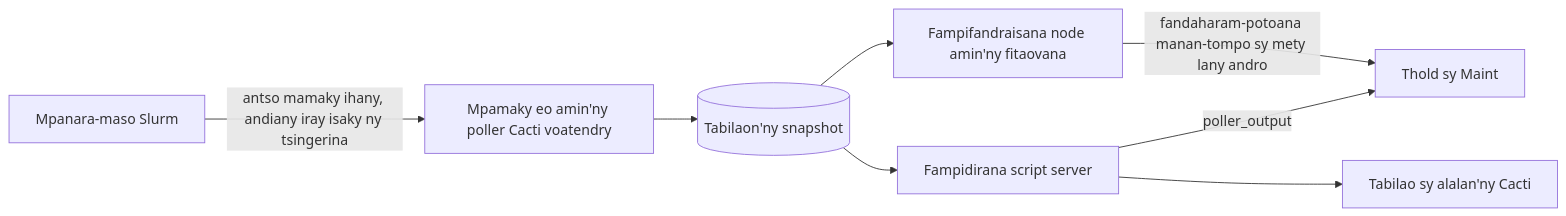
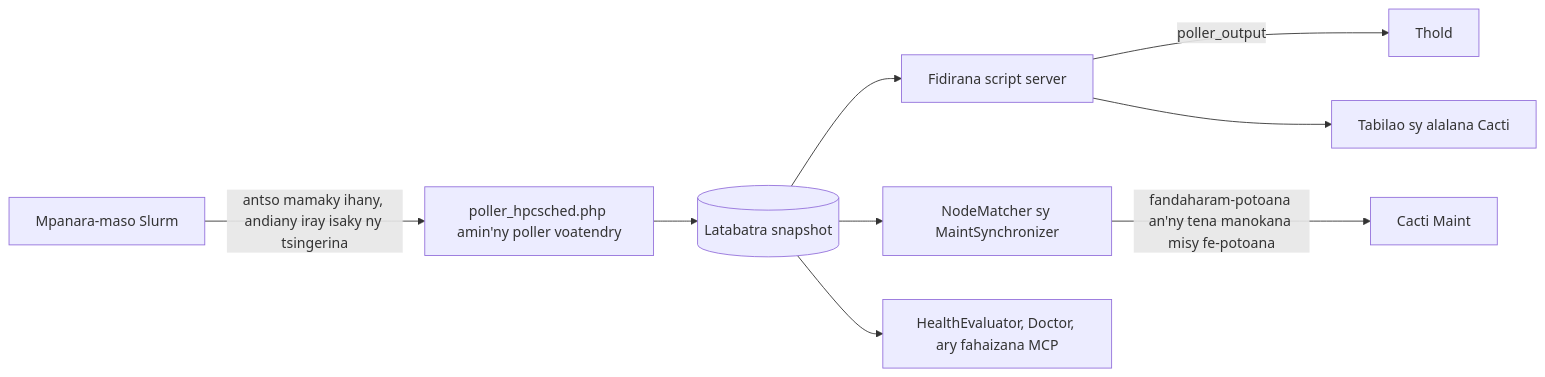
Before and after one commit to somethingwithproof/plugin_hpcsched: the diagram in docs/i18n/mg-MG/README.md, drawn with Mermaid. The commit also changed other lines of this file and 48 other files, not shown here.

````diff
--- a/docs/i18n/mg-MG/README.md
+++ b/docs/i18n/mg-MG/README.md
@@ -99,10 +163,11 @@
 ```mermaid
 flowchart LR
-    S[Mpanara-maso Slurm] -->|antso mamaky ihany, andiany iray isaky ny tsingerina| R[Mpamaky eo amin'ny poller Cacti voatendry]
-    R --> SNAP[(Tabilaon'ny snapshot)]
-    SNAP --> SS[Fampidirana script server]
-    SS -->|poller_output| T[Thold sy Maint]
-    SS --> G[Tabilao sy alalan'ny Cacti]
-    SNAP --> MAP[Fampifandraisana node amin'ny fitaovana]
-    MAP -->|fandaharam-potoana manan-tompo sy mety lany andro| T
+    S[Mpanara-maso Slurm] -->|antso mamaky ihany, andiany iray isaky ny tsingerina| R[poller_hpcsched.php amin'ny poller voatendry]
+    R --> SNAP[(Latabatra snapshot)]
+    SNAP --> SS[Fidirana script server]
+    SS -->|poller_output| T[Thold]
+    SS --> G[Tabilao sy alalana Cacti]
+    SNAP --> MAP[NodeMatcher sy MaintSynchronizer]
+    MAP -->|fandaharam-potoana an'ny tena manokana misy fe-potoana| M[Cacti Maint]
+    SNAP --> H[HealthEvaluator, Doctor, ary fahaizana MCP]
 ```
````
